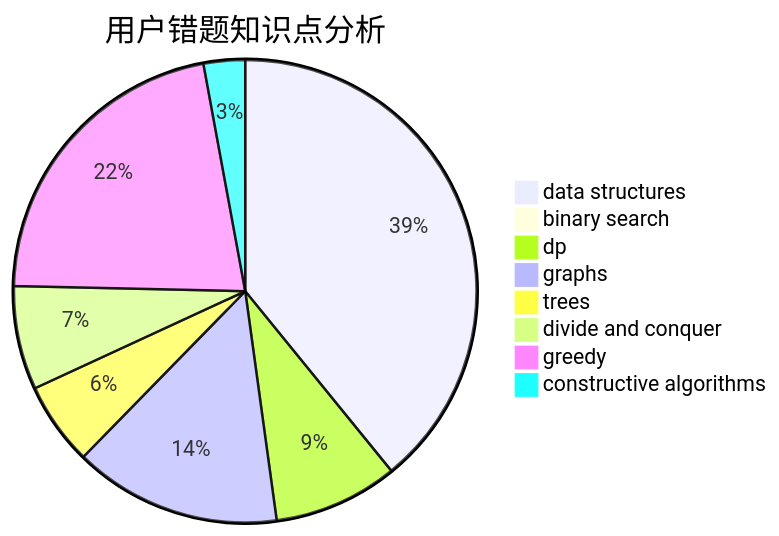
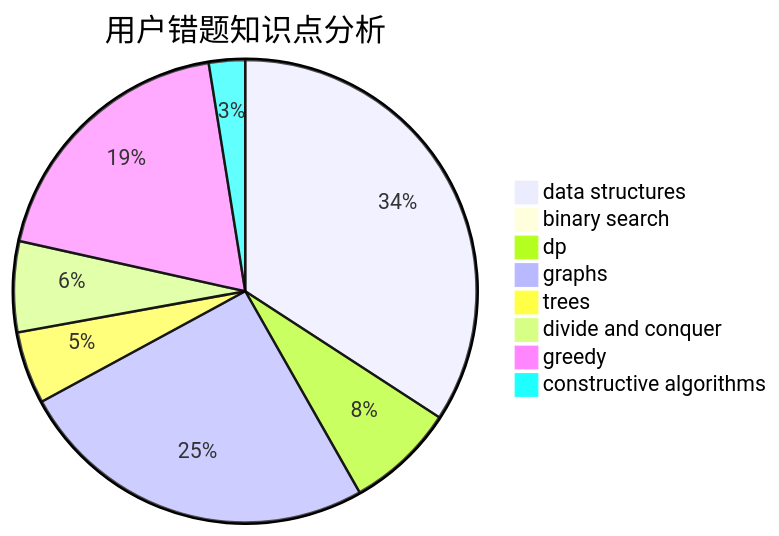
One commit to sherpahu/cfrs.github.io changed the third of 3 diagrams in docs/user/u1890.md. Above: the diagram before and after it, drawn with Mermaid. The commit also changed other lines of this file and 2770 other files, not shown here.

````diff
--- a/docs/user/u1890.md
+++ b/docs/user/u1890.md
@@ -36,11 +36,11 @@
 ```mermaid
 pie title 用户错题知识点分析
     "data structures" :  27
     "binary search" :  0
     "dp" :  6
-    "graphs" :  10
+    "graphs" :  20
     "trees" :  4
     "divide and conquer" :  5
     "greedy" :  15
     "constructive algorithms" :  2
 ```
````
